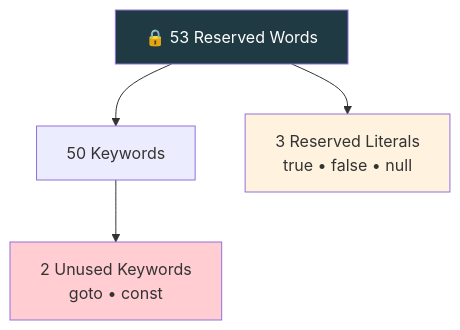
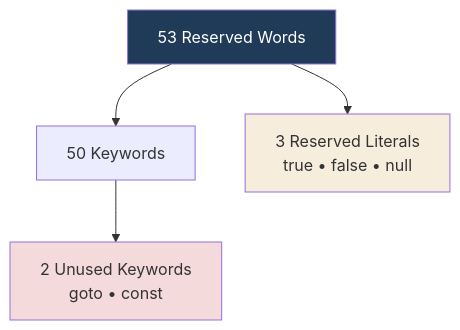
One commit to kundankumarsharma56/Leaning-Java changed the diagram in src/Theory/02-Data-Types-and-Variables/04-Reserved-Words.md. Above: the diagram before and after it, drawn with Mermaid. The commit also changed other lines of this file and 84 other files, not shown here.

````diff
--- a/src/Theory/02-Data-Types-and-Variables/04-Reserved-Words.md
+++ b/src/Theory/02-Data-Types-and-Variables/04-Reserved-Words.md
@@ -21,9 +21,9 @@
 ```mermaid
 flowchart TD
-    R["🔒 53 Reserved Words"] --> K["50 Keywords"]
+    R["53 Reserved Words"] --> K["50 Keywords"]
     R --> L["3 Reserved Literals<br/>true • false • null"]
     K --> U["2 Unused Keywords<br/>goto • const"]
-    style R fill:#203a43,color:#fff
-    style L fill:#fff3e0
-    style U fill:#ffcdd2
+    style R fill:#1f3b57,color:#fff
+    style L fill:#f7eddd
+    style U fill:#f4dada
 ```
````
